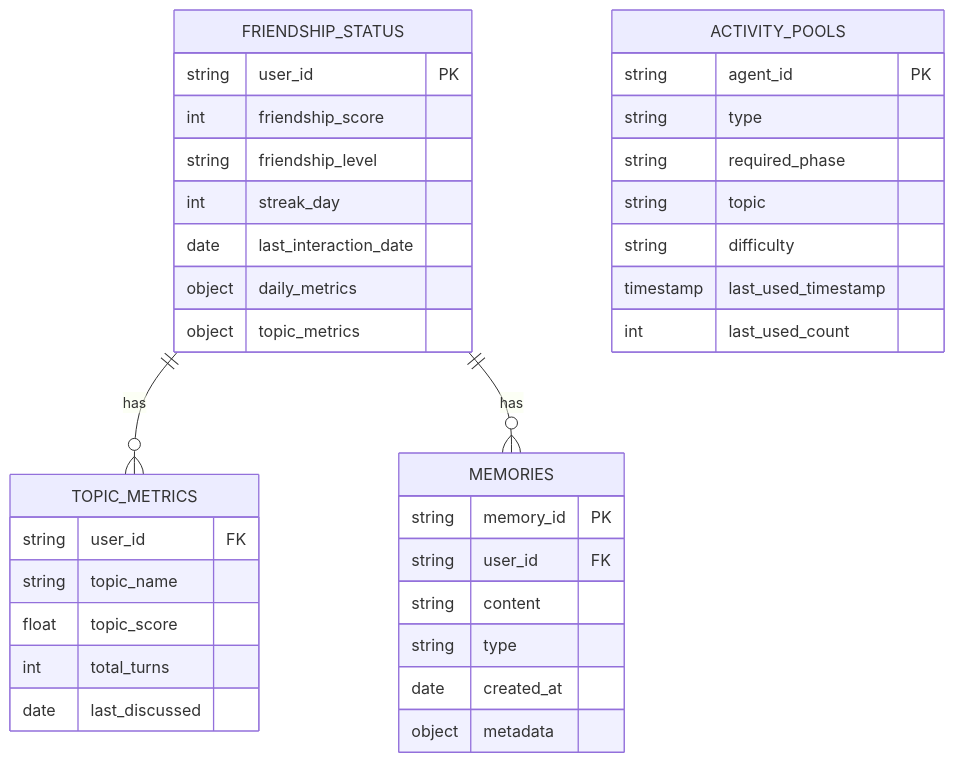
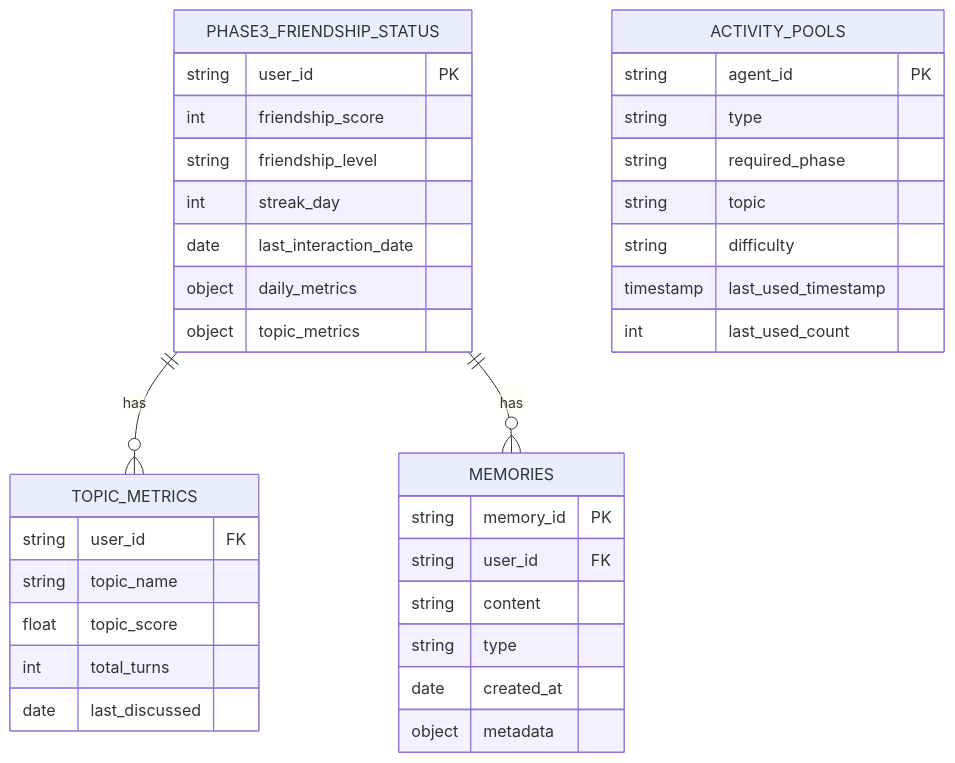
The seventh of 7 diagrams in docs/1_TaiLieuRobot_T2_24112025 - Robot/Tài liệu 3.2 - Logic Backend và AI.md (DoanNgocCuong/context-handling-bigmodule_PikaRobot_25112025), drawn with Mermaid before and after one commit. The commit also changed other lines of this file and 35 other files, not shown here.

````diff
--- a/docs/1_TaiLieuRobot_T2_24112025 - Robot/Tài liệu 3.2 - Logic Backend và AI.md
+++ b/docs/1_TaiLieuRobot_T2_24112025 - Robot/Tài liệu 3.2 - Logic Backend và AI.md
@@ -297,42 +297,42 @@
 ```mermaid
 erDiagram
-    FRIENDSHIP_STATUS {
+    PHASE3_FRIENDSHIP_STATUS {
         string user_id PK
         int friendship_score
         string friendship_level
         int streak_day
         date last_interaction_date
         object daily_metrics
         object topic_metrics
     }
     
     TOPIC_METRICS {
         string user_id FK
         string topic_name
         float topic_score
         int total_turns
         date last_discussed
     }
     
     MEMORIES {
         string memory_id PK
         string user_id FK
         string content
         string type
         date created_at
         object metadata
     }
     
     ACTIVITY_POOLS {
         string agent_id PK
         string type
         string required_phase
         string topic
         string difficulty
         timestamp last_used_timestamp
         int last_used_count
     }
     
-    FRIENDSHIP_STATUS ||--o{ TOPIC_METRICS : has
-    FRIENDSHIP_STATUS ||--o{ MEMORIES : has
+    PHASE3_FRIENDSHIP_STATUS ||--o{ TOPIC_METRICS : has
+    PHASE3_FRIENDSHIP_STATUS ||--o{ MEMORIES : has
 ```
````
